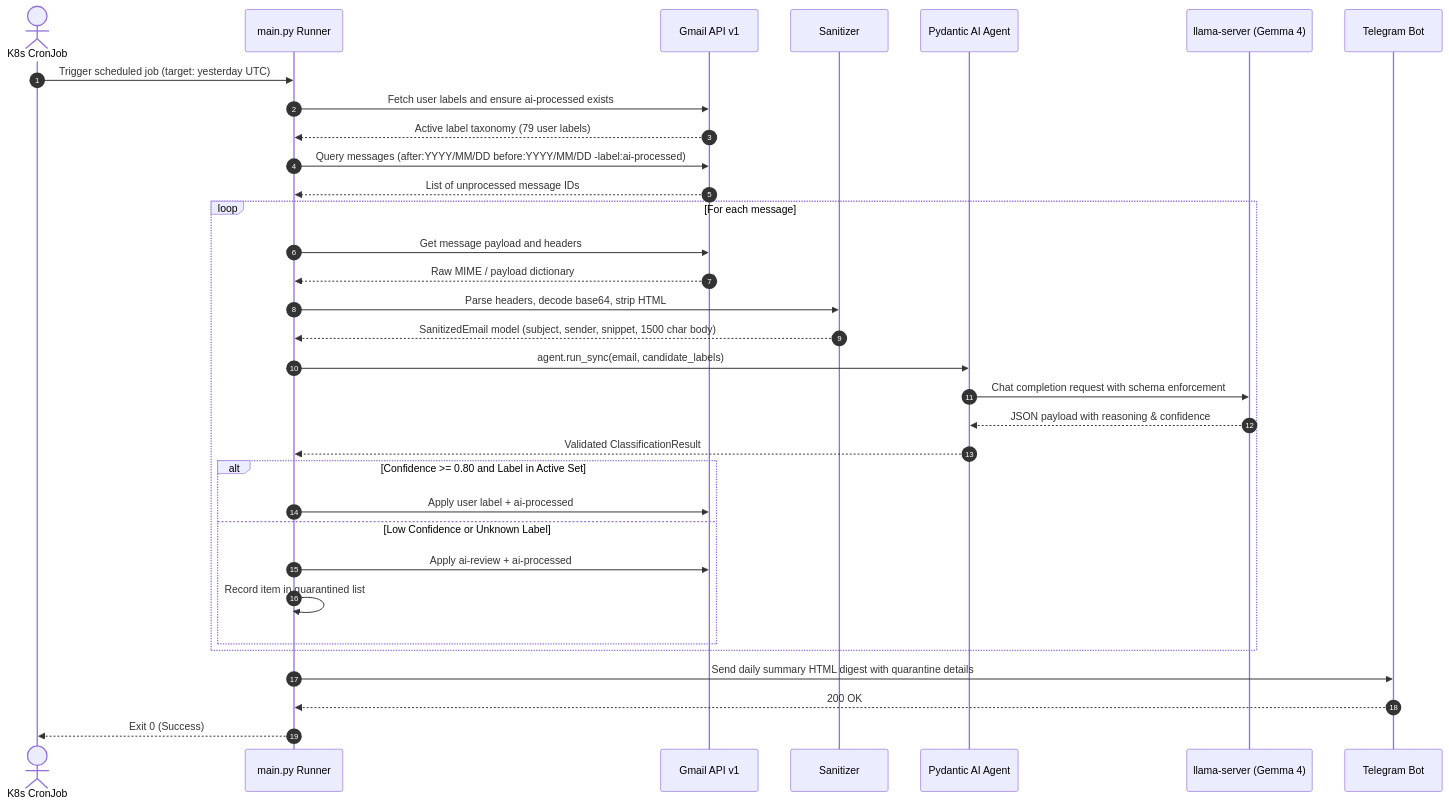
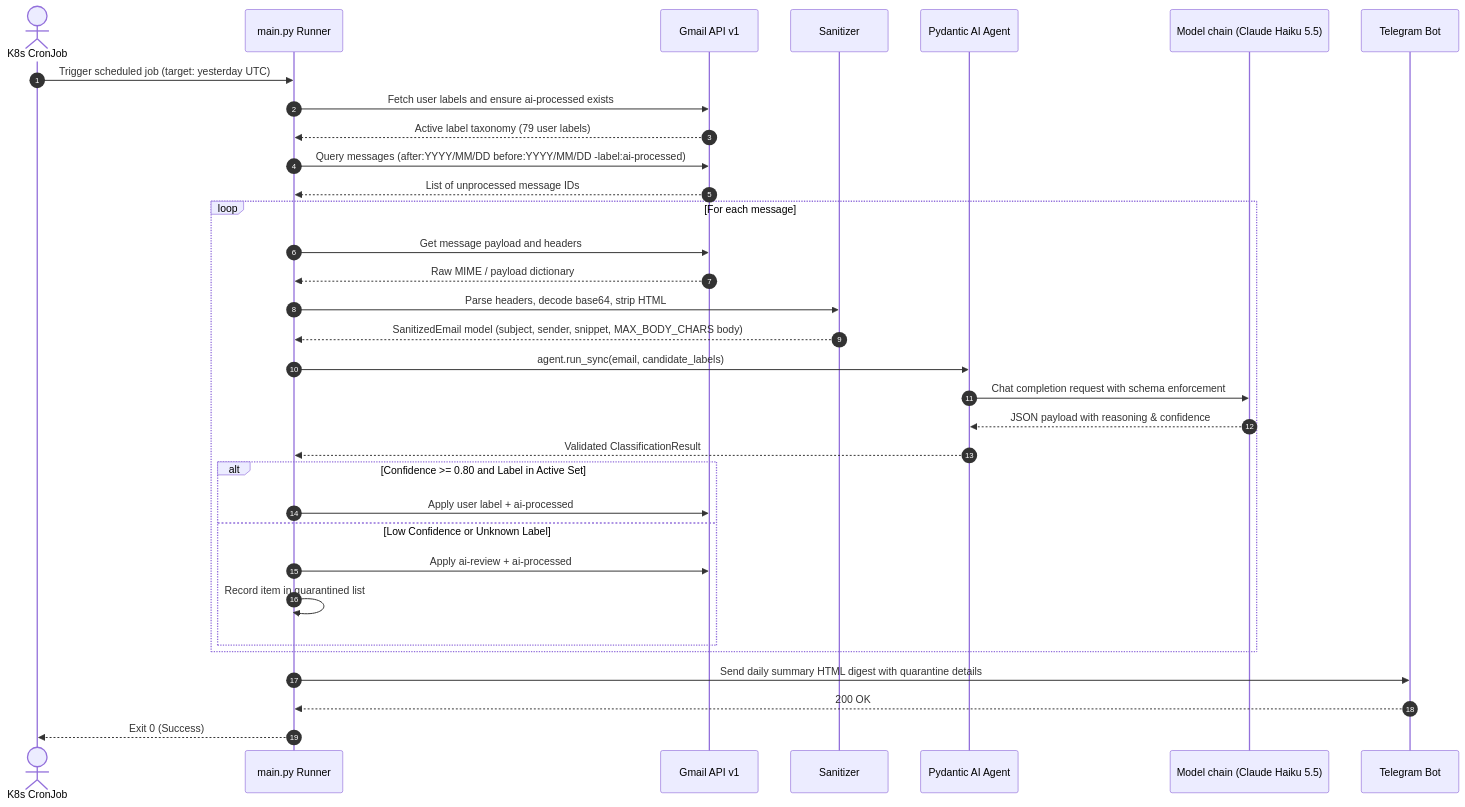
The second of 4 diagrams in docs/src/content/docs/explanation/gmail-classifier.md (nsudhanva/homelab), drawn with Mermaid before and after one commit. The commit also changed other lines of this file and 7 other files, not shown here.

````diff
--- a/docs/src/content/docs/explanation/gmail-classifier.md
+++ b/docs/src/content/docs/explanation/gmail-classifier.md
@@ -77,38 +77,38 @@
 ```mermaid
 sequenceDiagram
     autonumber
     actor Cron as K8s CronJob
     participant Pod as main.py Runner
     participant Gmail as Gmail API v1
     participant San as Sanitizer
     participant AI as Pydantic AI Agent
-    participant LLM as llama-server (Gemma 4)
+    participant LLM as Model chain (Claude Haiku 5.5)
     participant TG as Telegram Bot
 
     Cron->>Pod: Trigger scheduled job (target: yesterday UTC)
     Pod->>Gmail: Fetch user labels and ensure ai-processed exists
     Gmail-->>Pod: Active label taxonomy (79 user labels)
     Pod->>Gmail: Query messages (after:YYYY/MM/DD before:YYYY/MM/DD -label:ai-processed)
     Gmail-->>Pod: List of unprocessed message IDs
 
     loop For each message
         Pod->>Gmail: Get message payload and headers
         Gmail-->>Pod: Raw MIME / payload dictionary
         Pod->>San: Parse headers, decode base64, strip HTML
-        San-->>Pod: SanitizedEmail model (subject, sender, snippet, 1500 char body)
+        San-->>Pod: SanitizedEmail model (subject, sender, snippet, MAX_BODY_CHARS body)
         Pod->>AI: agent.run_sync(email, candidate_labels)
         AI->>LLM: Chat completion request with schema enforcement
         LLM-->>AI: JSON payload with reasoning & confidence
         AI-->>Pod: Validated ClassificationResult
         alt Confidence >= 0.80 and Label in Active Set
             Pod->>Gmail: Apply user label + ai-processed
         else Low Confidence or Unknown Label
             Pod->>Gmail: Apply ai-review + ai-processed
             Pod->>Pod: Record item in quarantined list
         end
     end
 
     Pod->>TG: Send daily summary HTML digest with quarantine details
     TG-->>Pod: 200 OK
     Pod-->>Cron: Exit 0 (Success)
 ```
````
